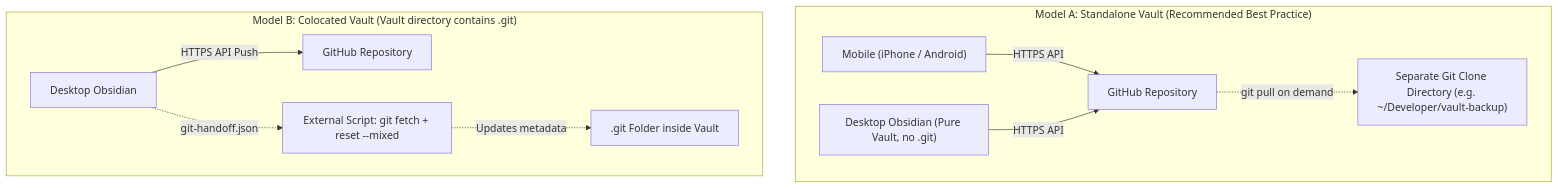
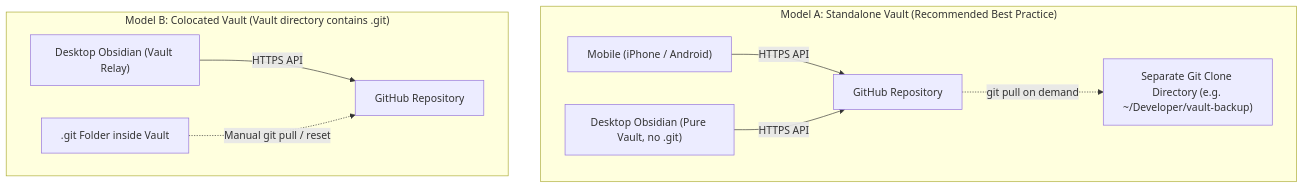
The diagram in README.md (ankhang0704/github-vault-relay), drawn with Mermaid before and after one commit. The commit also changed other lines of this file and 25 other files, not shown here.

````diff
--- a/README.md
+++ b/README.md
@@ -37,14 +36,13 @@
 ```mermaid
 flowchart TD
     subgraph ModelA["Model A: Standalone Vault (Recommended Best Practice)"]
         PhoneA["Mobile (iPhone / Android)"] -->|HTTPS API| GHA["GitHub Repository"]
         DesktopA["Desktop Obsidian (Pure Vault, no .git)"] -->|HTTPS API| GHA
         GHA -.->|git pull on demand| ExternalRepo["Separate Git Clone Directory (e.g. ~/Developer/vault-backup)"]
     end
 
     subgraph ModelB["Model B: Colocated Vault (Vault directory contains .git)"]
-        DesktopB["Desktop Obsidian"] -->|HTTPS API Push| GHB["GitHub Repository"]
-        DesktopB -.->|git-handoff.json| Handoff["External Script: git fetch + reset --mixed"]
-        Handoff -.->|Updates metadata| LocalGit[".git Folder inside Vault"]
+        DesktopB["Desktop Obsidian (Vault Relay)"] -->|HTTPS API| GHB["GitHub Repository"]
+        LocalGit[".git Folder inside Vault"] -.->|Manual git pull / reset| GHB
     end
 ```
````
